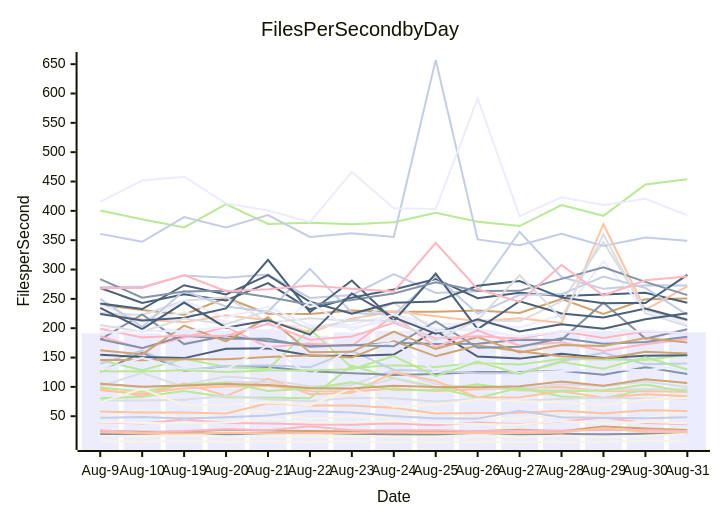
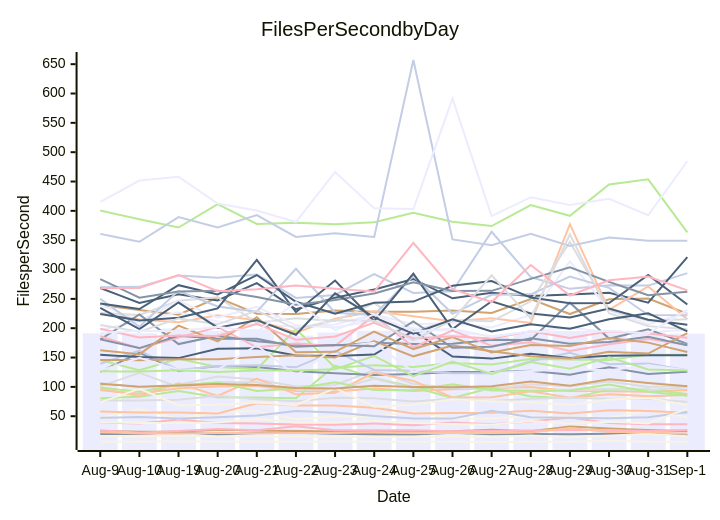
One commit to streetsidesoftware/cspell changed the diagram in perf-report.md. Above: the diagram before and after it, drawn with Mermaid. The commit also changed other lines of this file and 2 other files, not shown here.

````diff
--- a/perf-report.md
+++ b/perf-report.md
@@ -11,57 +11,57 @@
 ```mermaid
 xychart-beta
     title Files Per Second by Day
     y-axis Files per Second
-    x-axis Date [Aug-9, Aug-10, Aug-19, Aug-20, Aug-21, Aug-22, Aug-23, Aug-24, Aug-25, Aug-26, Aug-27, Aug-28, Aug-29, Aug-30, Aug-31]
-    bar [191.27, 191.48, 199.45, 195.67, 198.22, 187.40, 192.61, 195.61, 200.69, 190.24, 185.15, 191.23, 195.37, 191.39, 193.00]
-    line [19.76, 19.87, 23.15, 18.80, 21.30, 21.70, 20.11, 19.24, 18.97, 21.74, 19.44, 19.50, 19.20, 19.98, 20.35]
-    line [94.45, 88.13, 97.66, 100.71, 101.93, 92.80, 92.11, 97.07, 92.83, 96.14, 97.78, 99.79, 92.99, 92.61, 91.86]
-    line [106.66, 99.38, 103.80, 117.71, 112.47, 100.50, 103.30, 128.71, 104.89, 98.28, 96.78, 104.60, 101.13, 109.23, 99.73]
-    line [80.61, 83.15, 92.81, 82.44, 81.86, 80.75, 136.22, 114.72, 99.92, 81.00, 98.60, 83.62, 80.81, 95.31, 95.53]
-    line [239.79, 231.09, 223.10, 252.00, 224.60, 224.17, 230.06, 227.93, 228.22, 229.99, 225.97, 249.68, 224.12, 249.45, 250.62]
-    line [269.81, 270.47, 289.77, 286.14, 291.59, 251.52, 256.69, 292.19, 260.02, 262.94, 364.38, 287.21, 267.07, 273.26, 272.63]
-    line [39.52, 37.52, 44.46, 38.46, 37.42, 35.96, 35.65, 37.61, 34.82, 39.47, 36.12, 40.86, 48.01, 38.35, 36.34]
-    line [268.54, 243.09, 257.77, 247.18, 276.72, 232.23, 252.08, 266.01, 283.94, 251.01, 260.27, 254.92, 257.60, 260.42, 243.47]
-    line [6.78, 6.60, 7.51, 6.38, 6.72, 6.55, 6.77, 6.55, 6.58, 6.64, 6.06, 6.53, 6.57, 8.03, 6.52]
-    line [240.17, 211.99, 227.00, 211.38, 205.51, 203.10, 206.43, 223.33, 206.89, 208.72, 201.20, 222.72, 313.85, 230.65, 207.01]
-    line [125.68, 158.27, 127.25, 135.61, 133.76, 126.70, 123.28, 120.42, 121.90, 125.42, 125.26, 127.33, 120.64, 133.49, 122.01]
-    line [225.24, 214.74, 210.02, 221.88, 213.58, 192.56, 216.27, 228.68, 220.47, 211.98, 216.89, 208.83, 377.28, 231.14, 271.29]
-    line [225.91, 222.58, 246.74, 252.74, 209.47, 217.12, 212.13, 242.98, 195.81, 213.43, 211.78, 245.83, 346.89, 231.16, 212.83]
-    line [145.75, 128.32, 148.05, 133.76, 130.09, 198.58, 132.66, 136.89, 133.84, 140.74, 138.14, 147.54, 146.55, 146.02, 154.94]
-    line [24.65, 23.72, 23.68, 26.94, 25.51, 24.79, 23.76, 23.53, 22.75, 24.32, 26.78, 24.44, 32.43, 29.19, 26.35]
-    line [139.45, 161.93, 128.87, 135.71, 136.66, 133.36, 161.38, 128.87, 127.62, 123.35, 123.11, 143.71, 157.94, 138.50, 140.06]
-    line [25.95, 22.03, 24.86, 28.29, 26.21, 32.71, 26.20, 26.09, 26.00, 24.43, 25.37, 25.72, 26.51, 26.59, 24.79]
-    line [154.75, 150.93, 149.02, 164.86, 165.64, 153.35, 152.64, 155.02, 195.52, 151.70, 148.17, 156.31, 149.39, 153.11, 153.94]
-    line [15.80, 15.53, 17.25, 15.28, 15.49, 14.84, 15.46, 14.39, 15.01, 15.63, 14.69, 17.08, 14.10, 16.71, 20.24]
-    line [196.97, 211.99, 246.59, 218.10, 236.31, 204.94, 201.38, 212.81, 200.01, 195.34, 186.50, 194.59, 201.00, 192.78, 193.23]
-    line [180.75, 223.35, 172.94, 187.16, 177.68, 172.01, 170.49, 175.09, 173.22, 173.59, 180.48, 179.74, 243.56, 182.28, 198.12]
-    line [96.93, 84.41, 106.12, 84.61, 114.12, 87.31, 89.99, 124.55, 110.24, 81.92, 82.24, 92.49, 81.67, 87.59, 83.98]
-    line [77.16, 76.75, 77.91, 84.91, 78.76, 75.34, 81.46, 80.77, 74.97, 79.78, 75.90, 79.64, 81.40, 79.85, 79.89]
-    line [400.74, 385.62, 371.65, 411.46, 377.61, 379.88, 377.18, 380.64, 396.91, 381.52, 374.08, 409.79, 391.59, 445.01, 453.72]
-    line [145.79, 145.58, 147.10, 147.08, 151.07, 153.94, 150.27, 178.09, 152.08, 170.66, 160.71, 152.01, 148.28, 159.68, 156.83]
-    line [249.96, 202.34, 263.67, 236.99, 228.06, 301.20, 226.40, 222.40, 289.06, 224.56, 256.87, 257.70, 287.97, 268.68, 222.58]
-    line [186.27, 165.43, 184.07, 202.12, 167.51, 173.85, 169.85, 221.75, 167.75, 195.90, 170.00, 175.89, 161.05, 172.78, 181.80]
-    line [224.37, 213.27, 217.89, 233.79, 316.48, 227.32, 281.23, 212.31, 293.11, 198.49, 245.94, 225.24, 218.17, 233.60, 214.50]
-    line [47.00, 61.84, 45.89, 57.63, 58.67, 44.77, 49.92, 49.06, 57.90, 45.60, 46.71, 50.51, 48.37, 46.85, 59.90]
-    line [127.47, 149.55, 129.16, 129.10, 170.99, 119.13, 167.47, 175.06, 125.57, 143.51, 123.67, 127.21, 130.16, 128.18, 136.84]
-    line [181.18, 166.12, 186.93, 181.85, 181.88, 168.34, 171.35, 169.12, 211.70, 166.64, 168.34, 182.86, 173.63, 176.66, 185.43]
-    line [57.90, 56.15, 56.35, 54.76, 71.89, 68.47, 68.09, 64.39, 54.76, 55.64, 55.71, 59.28, 54.85, 60.20, 59.04]
-    line [101.07, 123.80, 99.87, 108.06, 107.98, 95.34, 94.96, 114.12, 97.84, 103.09, 93.25, 94.27, 95.28, 96.54, 94.13]
-    line [98.84, 91.76, 103.43, 107.49, 93.08, 97.11, 107.90, 94.53, 94.47, 104.38, 94.67, 92.38, 93.95, 104.17, 91.62]
-    line [162.48, 155.40, 204.32, 177.59, 218.64, 159.00, 159.79, 194.26, 164.45, 184.75, 158.60, 171.47, 169.60, 183.25, 175.44]
-    line [360.76, 347.31, 389.41, 371.89, 392.82, 355.53, 361.83, 355.43, 657.12, 351.25, 341.51, 360.76, 340.11, 354.77, 349.07]
-    line [198.91, 184.05, 187.41, 186.67, 207.48, 180.49, 185.92, 209.38, 182.67, 186.49, 182.43, 194.97, 183.27, 194.85, 191.03]
-    line [242.10, 232.62, 273.32, 257.69, 290.62, 245.10, 224.83, 243.49, 245.36, 272.30, 280.33, 252.18, 242.64, 242.97, 290.78]
-    line [73.60, 96.61, 68.89, 69.48, 73.38, 68.77, 97.84, 66.15, 69.59, 78.77, 75.57, 73.80, 69.15, 78.35, 81.24]
-    line [415.14, 451.69, 458.22, 412.53, 400.53, 380.98, 466.37, 404.40, 403.18, 591.49, 390.96, 423.25, 409.89, 420.57, 392.45]
-    line [283.77, 252.09, 262.36, 263.68, 253.37, 240.18, 248.22, 259.20, 278.18, 263.50, 263.68, 284.05, 303.63, 278.91, 256.34]
-    line [22.84, 20.59, 20.47, 21.22, 20.90, 21.42, 21.40, 22.88, 21.36, 21.22, 21.19, 22.04, 29.75, 23.02, 22.87]
-    line [205.56, 193.98, 216.67, 206.61, 230.20, 198.53, 213.69, 212.64, 179.07, 214.07, 290.22, 216.81, 359.94, 225.73, 203.55]
-    line [126.64, 126.17, 128.45, 125.27, 127.94, 127.77, 130.20, 152.67, 118.34, 143.02, 122.15, 142.33, 130.77, 150.54, 129.50]
-    line [105.46, 100.11, 102.43, 104.89, 103.21, 98.21, 97.36, 101.78, 100.00, 99.58, 101.28, 109.08, 102.06, 113.06, 106.63]
-    line [47.26, 48.66, 46.00, 48.26, 51.42, 58.83, 56.30, 50.38, 45.97, 45.91, 59.43, 48.16, 47.53, 46.75, 48.25]
-    line [268.09, 268.70, 290.78, 262.94, 266.60, 272.93, 267.45, 262.37, 345.57, 266.69, 244.68, 307.76, 255.74, 281.64, 288.18]
-    line [234.76, 198.61, 243.75, 200.90, 213.71, 188.91, 259.37, 218.53, 190.79, 215.33, 194.36, 206.72, 199.24, 215.14, 225.49]
-    line [39.98, 38.63, 38.64, 39.11, 45.24, 39.50, 39.66, 42.07, 38.23, 36.94, 35.58, 41.81, 37.53, 40.57, 37.73]
-    line [192.03, 195.48, 194.87, 202.54, 193.62, 244.63, 196.70, 223.56, 194.58, 199.46, 185.25, 194.89, 191.72, 195.81, 191.06]
+    x-axis Date [Aug-9, Aug-10, Aug-19, Aug-20, Aug-21, Aug-22, Aug-23, Aug-24, Aug-25, Aug-26, Aug-27, Aug-28, Aug-29, Aug-30, Aug-31, Sep-1]
+    bar [191.27, 191.48, 199.45, 195.67, 198.22, 187.40, 192.61, 195.61, 200.69, 190.24, 185.15, 191.23, 195.37, 191.39, 193.00, 190.75]
+    line [19.76, 19.87, 23.15, 18.80, 21.30, 21.70, 20.11, 19.24, 18.97, 21.74, 19.44, 19.50, 19.20, 19.98, 20.35, 18.20]
+    line [94.45, 88.13, 97.66, 100.71, 101.93, 92.80, 92.11, 97.07, 92.83, 96.14, 97.78, 99.79, 92.99, 92.61, 91.86, 94.75]
+    line [106.66, 99.38, 103.80, 117.71, 112.47, 100.50, 103.30, 128.71, 104.89, 98.28, 96.78, 104.60, 101.13, 109.23, 99.73, 101.36]
+    line [80.61, 83.15, 92.81, 82.44, 81.86, 80.75, 136.22, 114.72, 99.92, 81.00, 98.60, 83.62, 80.81, 95.31, 95.53, 87.87]
+    line [239.79, 231.09, 223.10, 252.00, 224.60, 224.17, 230.06, 227.93, 228.22, 229.99, 225.97, 249.68, 224.12, 249.45, 250.62, 224.68]
+    line [269.81, 270.47, 289.77, 286.14, 291.59, 251.52, 256.69, 292.19, 260.02, 262.94, 364.38, 287.21, 267.07, 273.26, 272.63, 293.89]
+    line [39.52, 37.52, 44.46, 38.46, 37.42, 35.96, 35.65, 37.61, 34.82, 39.47, 36.12, 40.86, 48.01, 38.35, 36.34, 36.12]
+    line [268.54, 243.09, 257.77, 247.18, 276.72, 232.23, 252.08, 266.01, 283.94, 251.01, 260.27, 254.92, 257.60, 260.42, 243.47, 321.12]
+    line [6.78, 6.60, 7.51, 6.38, 6.72, 6.55, 6.77, 6.55, 6.58, 6.64, 6.06, 6.53, 6.57, 8.03, 6.52, 6.59]
+    line [240.17, 211.99, 227.00, 211.38, 205.51, 203.10, 206.43, 223.33, 206.89, 208.72, 201.20, 222.72, 313.85, 230.65, 207.01, 226.55]
+    line [125.68, 158.27, 127.25, 135.61, 133.76, 126.70, 123.28, 120.42, 121.90, 125.42, 125.26, 127.33, 120.64, 133.49, 122.01, 125.69]
+    line [225.24, 214.74, 210.02, 221.88, 213.58, 192.56, 216.27, 228.68, 220.47, 211.98, 216.89, 208.83, 377.28, 231.14, 271.29, 215.41]
+    line [225.91, 222.58, 246.74, 252.74, 209.47, 217.12, 212.13, 242.98, 195.81, 213.43, 211.78, 245.83, 346.89, 231.16, 212.83, 215.37]
+    line [145.75, 128.32, 148.05, 133.76, 130.09, 198.58, 132.66, 136.89, 133.84, 140.74, 138.14, 147.54, 146.55, 146.02, 154.94, 154.92]
+    line [24.65, 23.72, 23.68, 26.94, 25.51, 24.79, 23.76, 23.53, 22.75, 24.32, 26.78, 24.44, 32.43, 29.19, 26.35, 24.36]
+    line [139.45, 161.93, 128.87, 135.71, 136.66, 133.36, 161.38, 128.87, 127.62, 123.35, 123.11, 143.71, 157.94, 138.50, 140.06, 128.47]
+    line [25.95, 22.03, 24.86, 28.29, 26.21, 32.71, 26.20, 26.09, 26.00, 24.43, 25.37, 25.72, 26.51, 26.59, 24.79, 26.51]
+    line [154.75, 150.93, 149.02, 164.86, 165.64, 153.35, 152.64, 155.02, 195.52, 151.70, 148.17, 156.31, 149.39, 153.11, 153.94, 154.04]
+    line [15.80, 15.53, 17.25, 15.28, 15.49, 14.84, 15.46, 14.39, 15.01, 15.63, 14.69, 17.08, 14.10, 16.71, 20.24, 15.82]
+    line [196.97, 211.99, 246.59, 218.10, 236.31, 204.94, 201.38, 212.81, 200.01, 195.34, 186.50, 194.59, 201.00, 192.78, 193.23, 197.26]
+    line [180.75, 223.35, 172.94, 187.16, 177.68, 172.01, 170.49, 175.09, 173.22, 173.59, 180.48, 179.74, 243.56, 182.28, 198.12, 173.20]
+    line [96.93, 84.41, 106.12, 84.61, 114.12, 87.31, 89.99, 124.55, 110.24, 81.92, 82.24, 92.49, 81.67, 87.59, 83.98, 86.34]
+    line [77.16, 76.75, 77.91, 84.91, 78.76, 75.34, 81.46, 80.77, 74.97, 79.78, 75.90, 79.64, 81.40, 79.85, 79.89, 74.06]
+    line [400.74, 385.62, 371.65, 411.46, 377.61, 379.88, 377.18, 380.64, 396.91, 381.52, 374.08, 409.79, 391.59, 445.01, 453.72, 363.41]
+    line [145.79, 145.58, 147.10, 147.08, 151.07, 153.94, 150.27, 178.09, 152.08, 170.66, 160.71, 152.01, 148.28, 159.68, 156.83, 191.47]
+    line [249.96, 202.34, 263.67, 236.99, 228.06, 301.20, 226.40, 222.40, 289.06, 224.56, 256.87, 257.70, 287.97, 268.68, 222.58, 222.07]
+    line [186.27, 165.43, 184.07, 202.12, 167.51, 173.85, 169.85, 221.75, 167.75, 195.90, 170.00, 175.89, 161.05, 172.78, 181.80, 171.34]
+    line [224.37, 213.27, 217.89, 233.79, 316.48, 227.32, 281.23, 212.31, 293.11, 198.49, 245.94, 225.24, 218.17, 233.60, 214.50, 206.09]
+    line [47.00, 61.84, 45.89, 57.63, 58.67, 44.77, 49.92, 49.06, 57.90, 45.60, 46.71, 50.51, 48.37, 46.85, 59.90, 48.04]
+    line [127.47, 149.55, 129.16, 129.10, 170.99, 119.13, 167.47, 175.06, 125.57, 143.51, 123.67, 127.21, 130.16, 128.18, 136.84, 128.57]
+    line [181.18, 166.12, 186.93, 181.85, 181.88, 168.34, 171.35, 169.12, 211.70, 166.64, 168.34, 182.86, 173.63, 176.66, 185.43, 171.13]
+    line [57.90, 56.15, 56.35, 54.76, 71.89, 68.47, 68.09, 64.39, 54.76, 55.64, 55.71, 59.28, 54.85, 60.20, 59.04, 56.12]
+    line [101.07, 123.80, 99.87, 108.06, 107.98, 95.34, 94.96, 114.12, 97.84, 103.09, 93.25, 94.27, 95.28, 96.54, 94.13, 99.46]
+    line [98.84, 91.76, 103.43, 107.49, 93.08, 97.11, 107.90, 94.53, 94.47, 104.38, 94.67, 92.38, 93.95, 104.17, 91.62, 84.72]
+    line [162.48, 155.40, 204.32, 177.59, 218.64, 159.00, 159.79, 194.26, 164.45, 184.75, 158.60, 171.47, 169.60, 183.25, 175.44, 159.48]
+    line [360.76, 347.31, 389.41, 371.89, 392.82, 355.53, 361.83, 355.43, 657.12, 351.25, 341.51, 360.76, 340.11, 354.77, 349.07, 349.21]
+    line [198.91, 184.05, 187.41, 186.67, 207.48, 180.49, 185.92, 209.38, 182.67, 186.49, 182.43, 194.97, 183.27, 194.85, 191.03, 183.63]
+    line [242.10, 232.62, 273.32, 257.69, 290.62, 245.10, 224.83, 243.49, 245.36, 272.30, 280.33, 252.18, 242.64, 242.97, 290.78, 240.40]
+    line [73.60, 96.61, 68.89, 69.48, 73.38, 68.77, 97.84, 66.15, 69.59, 78.77, 75.57, 73.80, 69.15, 78.35, 81.24, 69.03]
+    line [415.14, 451.69, 458.22, 412.53, 400.53, 380.98, 466.37, 404.40, 403.18, 591.49, 390.96, 423.25, 409.89, 420.57, 392.45, 484.50]
+    line [283.77, 252.09, 262.36, 263.68, 253.37, 240.18, 248.22, 259.20, 278.18, 263.50, 263.68, 284.05, 303.63, 278.91, 256.34, 262.12]
+    line [22.84, 20.59, 20.47, 21.22, 20.90, 21.42, 21.40, 22.88, 21.36, 21.22, 21.19, 22.04, 29.75, 23.02, 22.87, 20.05]
+    line [205.56, 193.98, 216.67, 206.61, 230.20, 198.53, 213.69, 212.64, 179.07, 214.07, 290.22, 216.81, 359.94, 225.73, 203.55, 198.31]
+    line [126.64, 126.17, 128.45, 125.27, 127.94, 127.77, 130.20, 152.67, 118.34, 143.02, 122.15, 142.33, 130.77, 150.54, 129.50, 127.85]
+    line [105.46, 100.11, 102.43, 104.89, 103.21, 98.21, 97.36, 101.78, 100.00, 99.58, 101.28, 109.08, 102.06, 113.06, 106.63, 101.22]
+    line [47.26, 48.66, 46.00, 48.26, 51.42, 58.83, 56.30, 50.38, 45.97, 45.91, 59.43, 48.16, 47.53, 46.75, 48.25, 57.12]
+    line [268.09, 268.70, 290.78, 262.94, 266.60, 272.93, 267.45, 262.37, 345.57, 266.69, 244.68, 307.76, 255.74, 281.64, 288.18, 264.41]
+    line [234.76, 198.61, 243.75, 200.90, 213.71, 188.91, 259.37, 218.53, 190.79, 215.33, 194.36, 206.72, 199.24, 215.14, 225.49, 194.47]
+    line [39.98, 38.63, 38.64, 39.11, 45.24, 39.50, 39.66, 42.07, 38.23, 36.94, 35.58, 41.81, 37.53, 40.57, 37.73, 62.90]
+    line [192.03, 195.48, 194.87, 202.54, 193.62, 244.63, 196.70, 223.56, 194.58, 199.46, 185.25, 194.89, 191.72, 195.81, 191.06, 231.16]
 ```
````
